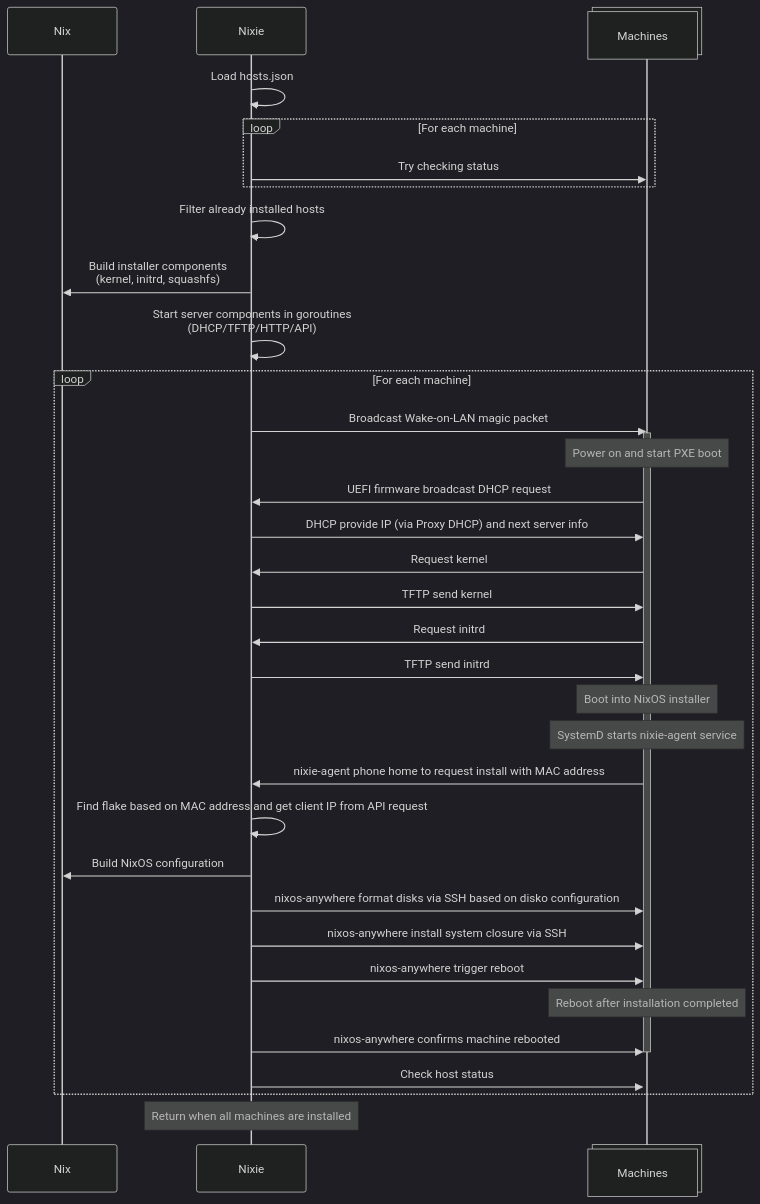
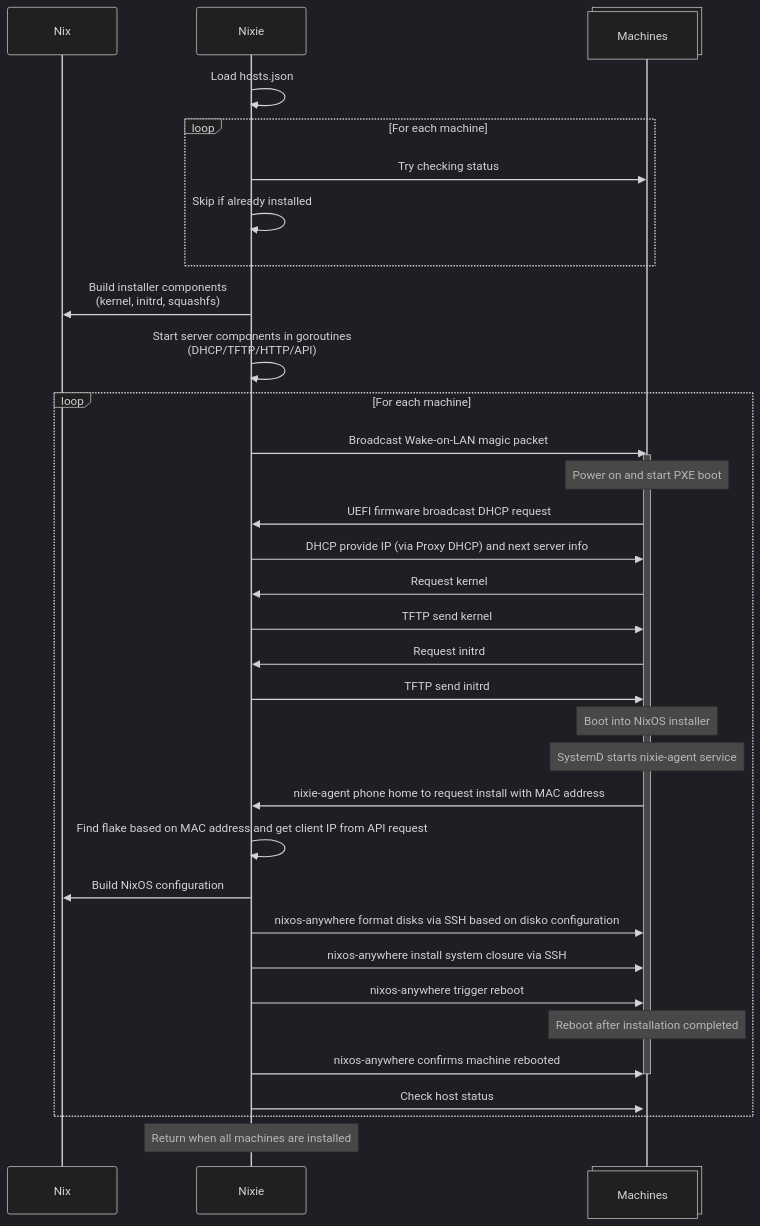
The diagram in README.md (khuedoan/nixie), drawn with Mermaid (dark theme) before and after one commit. The commit also changed 7 other files, not shown here.

````diff
--- a/README.md
+++ b/README.md
@@ -33,51 +33,51 @@
 ```mermaid
 sequenceDiagram
     participant Nix
     participant Nixie
     participant Machines@{ "type" : "collections" }
 
     Nixie->>Nixie: Load hosts.json
 
     loop For each machine
     Nixie->>Machines: Try checking status
+    Nixie->>Nixie: Skip if already installed
     end
 
-    Nixie->>Nixie: Filter already installed hosts
     Nixie->>Nix: Build installer components<br/>(kernel, initrd, squashfs)
     Nixie->>Nixie: Start server components in goroutines<br/>(DHCP/TFTP/HTTP/API)
 
     loop For each machine
         Nixie->>Machines: Broadcast Wake-on-LAN magic packet
 
         activate Machines
 
         Note over Machines: Power on and start PXE boot
 
         Machines->>Nixie: UEFI firmware broadcast DHCP request
         Nixie->>Machines: DHCP provide IP (via Proxy DHCP) and next server info
         Machines->>Nixie: Request kernel
         Nixie->>Machines: TFTP send kernel
         Machines->>Nixie: Request initrd
         Nixie->>Machines: TFTP send initrd
 
         Note over Machines: Boot into NixOS installer
         Note over Machines: SystemD starts nixie-agent service
         Machines->>Nixie: nixie-agent phone home to request install with MAC address
         Nixie->>Nixie: Find flake based on MAC address and get client IP from API request
         Nixie->>Nix: Build NixOS configuration
         Nixie->>Machines: nixos-anywhere format disks via SSH based on disko configuration
         Nixie->>Machines: nixos-anywhere install system closure via SSH
         Nixie->>Machines: nixos-anywhere trigger reboot
 
         Note over Machines: Reboot after installation completed
 
         Nixie->>Machines: nixos-anywhere confirms machine rebooted
         deactivate Machines
 
         activate Machines
 
         Nixie->>Machines: Check host status
     end
 
     Note over Nixie: Return when all machines are installed
 ```
````
